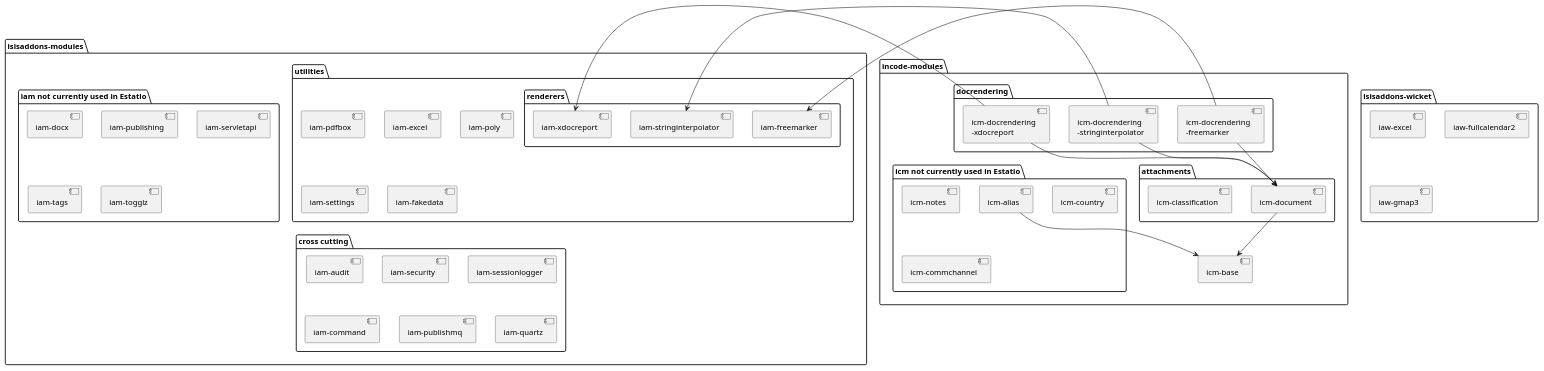
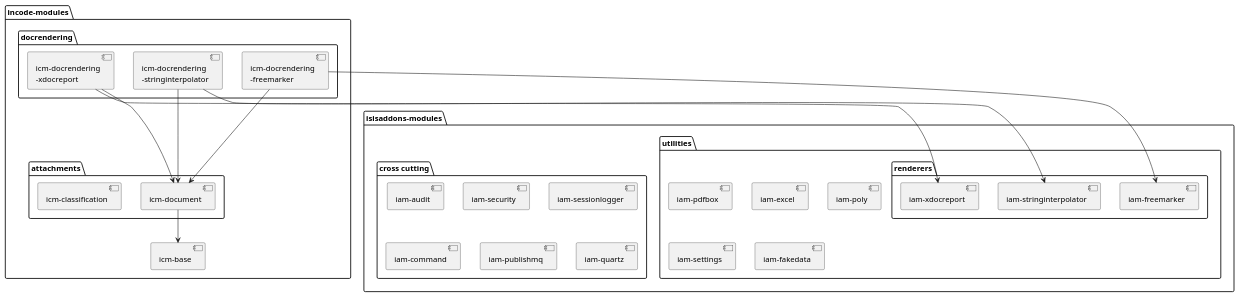
Before and after one commit to incodehq/developers-guide: the third of 3 diagrams in README.adoc, drawn with PlantUML. The commit also changed other lines of this file and 1 other file, not shown here.

Commit message:
fixing bad link, reworking some diagrams

```diff
--- a/README.adoc
+++ b/README.adoc
@@ -169,70 +169,50 @@
 [plantuml, {_imagesdir}/incode-and-isisaddons, png]
 ....
 package "incode-modules" {
 
     [icm-base]
 
     package "attachments" {
         [icm-document] --> [icm-base]
         [icm-classification]
     }
 
     package "docrendering" {
         [icm-docrendering\n-freemarker] --> [icm-document]
         [icm-docrendering\n-stringinterpolator] --> [icm-document]
         [icm-docrendering\n-xdocreport] --> [icm-document]
     }
 
-    package "icm not currently used in Estatio" {
-        [icm-notes]
-        [icm-alias] --> [icm-base]
-        [icm-country]
-        [icm-commchannel]
-    }
+}
 
-}
 
 package "isisaddons-modules" {
 
     package "utilities" {
         [iam-pdfbox]
         [iam-excel]
         [iam-poly]
         [iam-settings]
         [iam-fakedata]
         package "renderers" {
             [iam-freemarker]
             [iam-stringinterpolator]
             [iam-xdocreport]
         }
     }
 
-    package "iam not currently used in Estatio" {
-        [iam-docx]
-        [iam-publishing]
-        [iam-servletapi]
-        [iam-tags]
-        [iam-togglz]
-    }
-
     package "cross cutting" {
         [iam-audit]
         [iam-security]
         [iam-sessionlogger]
         [iam-command]
         [iam-publishmq]
         [iam-quartz]
     }
 
 }
 
-package "isisaddons-wicket" {
-    [iaw-excel]
-    [iaw-fullcalendar2]
-    [iaw-gmap3]
-}
-
-[icm-docrendering\n-freemarker] -left-> [iam-freemarker]
-[icm-docrendering\n-stringinterpolator] -left-> [iam-stringinterpolator]
-[icm-docrendering\n-xdocreport] -left-> [iam-xdocreport]
+[icm-docrendering\n-freemarker] --> [iam-freemarker]
+[icm-docrendering\n-stringinterpolator] --> [iam-stringinterpolator]
+[icm-docrendering\n-xdocreport] --> [iam-xdocreport]
 ....
```
